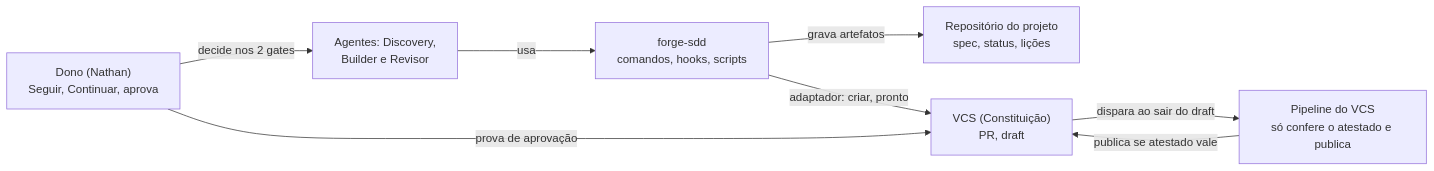
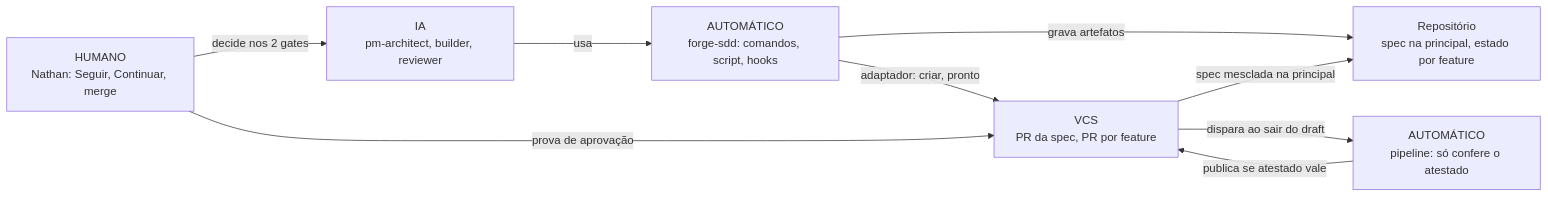
The first of 3 diagrams in sdd/discovery/106-pr-draft-revisao-e-ci/criteria.md (nathanramorim/forge-sdd), drawn with Mermaid before and after one commit. The commit also changed other lines of this file and 12 other files, not shown here.

First line of the commit message:
docs(106): spec volta à principal, branch e PR em draft por feature, marcação IA, humano e automático

````diff
--- a/sdd/discovery/106-pr-draft-revisao-e-ci/criteria.md
+++ b/sdd/discovery/106-pr-draft-revisao-e-ci/criteria.md
@@ -60,16 +70,17 @@
 ```mermaid
 flowchart LR
-  H["Dono (Nathan)<br/>Seguir, Continuar, aprova"]
-  A["Agentes: Discovery,<br/>Builder e Revisor"]
-  F["forge-sdd<br/>comandos, hooks, scripts"]
-  R["Repositório do projeto<br/>spec, status, lições"]
-  G["VCS (Constituição)<br/>PR, draft"]
-  P["Pipeline do VCS<br/>só confere o atestado e publica"]
+  H["HUMANO<br/>Nathan: Seguir, Continuar, merge"]
+  A["IA<br/>pm-architect, builder, reviewer"]
+  F["AUTOMÁTICO<br/>forge-sdd: comandos, script, hooks"]
+  R["Repositório<br/>spec na principal, estado por feature"]
+  G["VCS<br/>PR da spec, PR por feature"]
+  P["AUTOMÁTICO<br/>pipeline: só confere o atestado"]
   H -->|"decide nos 2 gates"| A
   A -->|"usa"| F
   F -->|"grava artefatos"| R
   F -->|"adaptador: criar, pronto"| G
+  G -->|"spec mesclada na principal"| R
   H -->|"prova de aprovação"| G
   G -->|"dispara ao sair do draft"| P
   P -->|"publica se atestado vale"| G
 ```
````
